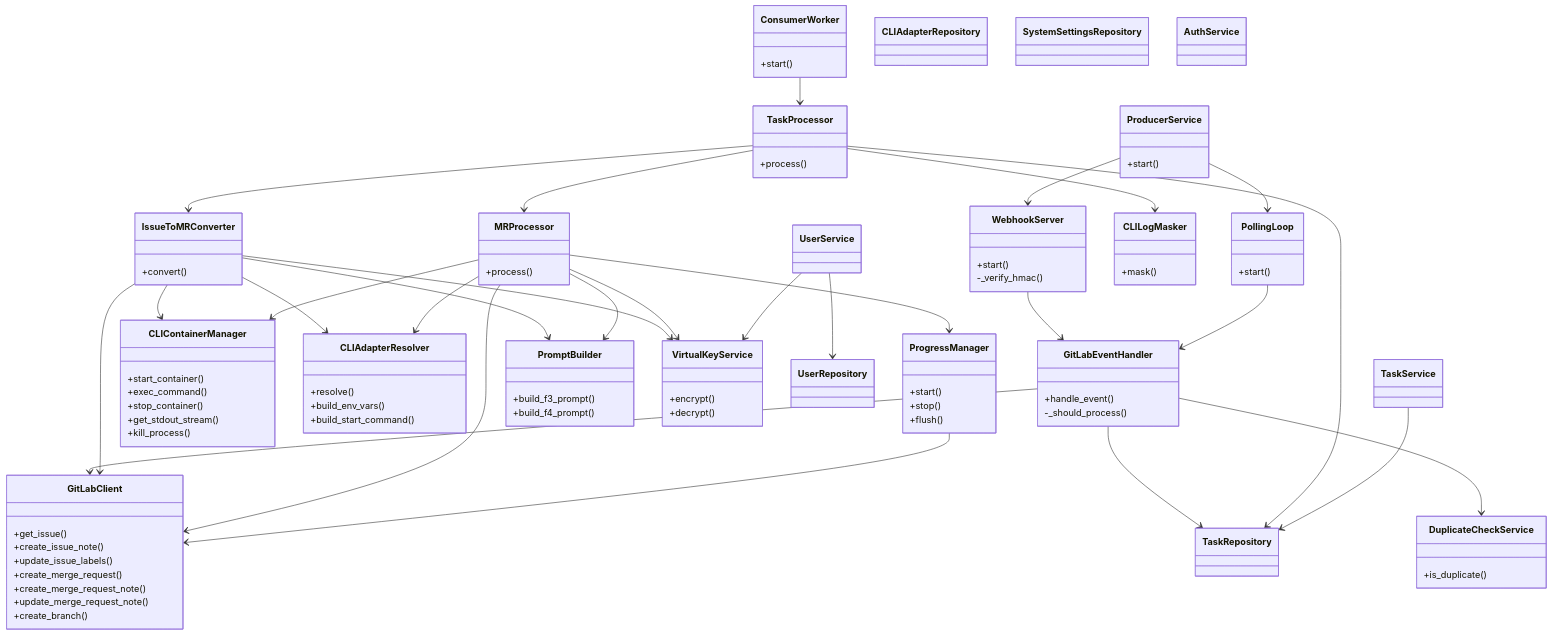
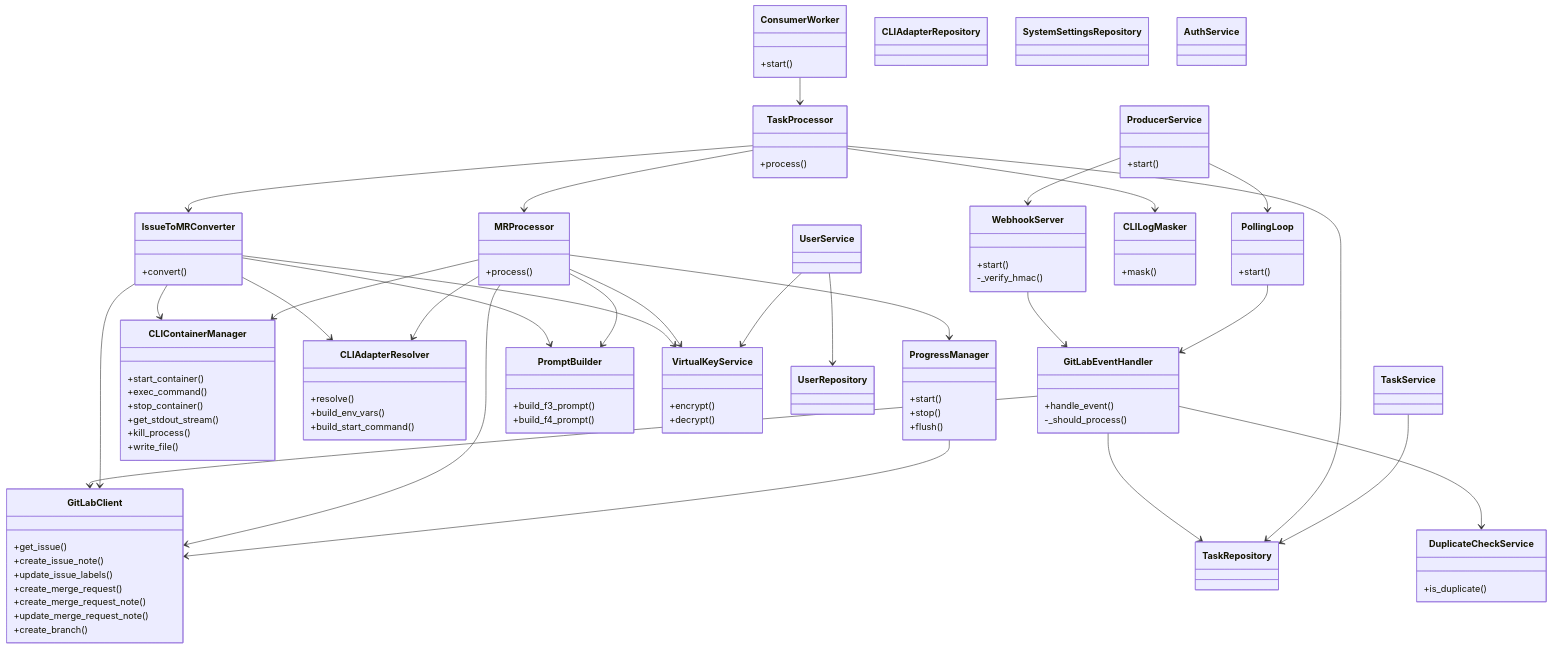
The tenth of 11 diagrams in docs/detail_design.md (notfolder/CodingAgentAutomata), drawn with Mermaid before and after one commit. The commit also changed other lines of this file and 6 other files, not shown here.

```diff
--- a/docs/detail_design.md
+++ b/docs/detail_design.md
@@ -796,6 +798,7 @@
         +stop_container()
         +get_stdout_stream()
         +kill_process()
+        +write_file()
     }
 
     class CLIAdapterResolver {
```
